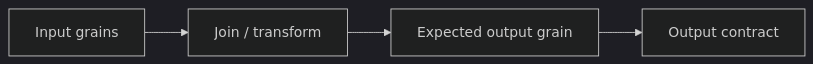
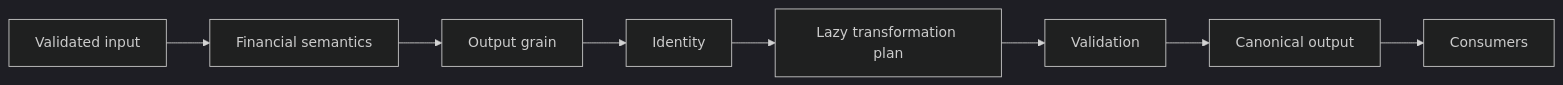
One commit to tks18/personal-finance-etl changed the first of 6 diagrams in docs/developer/adding-transformations.md. Above: the diagram before and after it, drawn with Mermaid (dark theme). The commit also changed other lines of this file and 8 other files, not shown here.

````diff
--- a/docs/developer/adding-transformations.md
+++ b/docs/developer/adding-transformations.md
@@ -41,6 +13,13 @@
 ```mermaid
 flowchart LR
-    INPUT[Input grains] --> JOIN[Join / transform]
-    JOIN --> ASSERT[Expected output grain]
-    ASSERT --> OUT[Output contract]
+    IN[Validated input]
+    SEM[Financial semantics]
+    G[Output grain]
+    ID[Identity]
+    PLAN[Lazy transformation plan]
+    VAL[Validation]
+    OUT[Canonical output]
+    CONS[Consumers]
+
+    IN --> SEM --> G --> ID --> PLAN --> VAL --> OUT --> CONS
 ```
````
